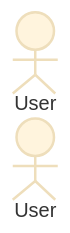
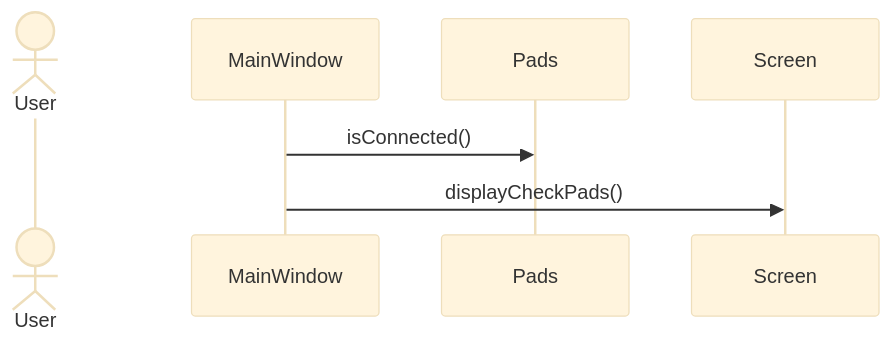
Before and after one commit to SaturnOperator/AED-System: the seventh of 7 diagrams in README.md, drawn with Mermaid (base theme). The commit also changed other lines of this file, not shown here.

````diff
--- a/README.md
+++ b/README.md
@@ -143,4 +141,6 @@
 ```mermaid
 sequenceDiagram
 actor User
+    MainWindow->>Pads: isConnected()
+    MainWindow->>Screen: displayCheckPads()
 ```
````
